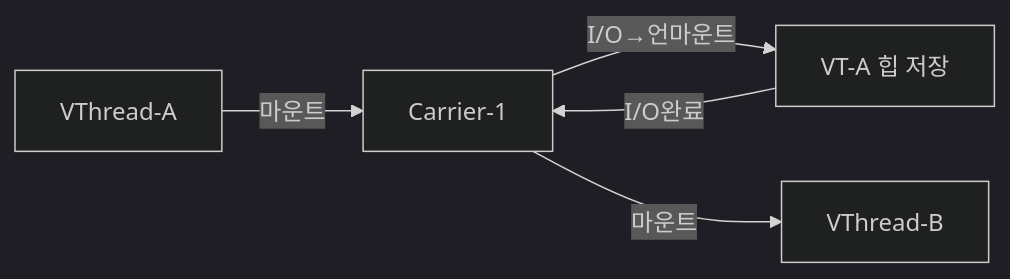
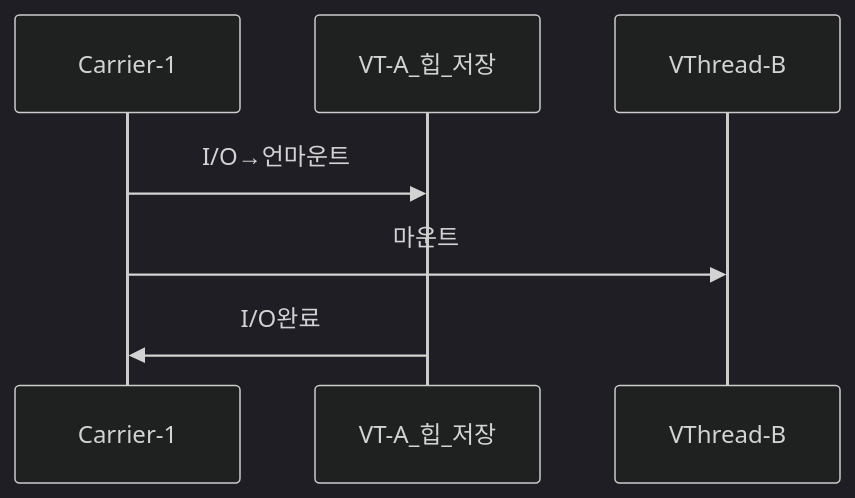
One commit to yjkim2015/yjkim2015.github.io changed the fifth of 7 diagrams in _posts/java/2026-05-01-java-virtual-thread.md. Above: the diagram before and after it, drawn with Mermaid (dark theme). The commit also changed other lines of this file and 89 other files, not shown here.

First line of the commit message:
복잡한 flowchart 163개 → sequenceDiagram 변환 (90파일)

````diff
--- a/_posts/java/2026-05-01-java-virtual-thread.md
+++ b/_posts/java/2026-05-01-java-virtual-thread.md
@@ -151,7 +151,6 @@
 ```mermaid
-graph LR
-    VA["VThread-A"] -->|마운트| C1["Carrier-1"]
-    C1 -->|I/O→언마운트| VAH["VT-A 힙 저장"]
-    C1 -->|마운트| VB["VThread-B"]
-    VAH -->|I/O완료| C1
+sequenceDiagram
+    Carrier-1->>VT-A_힙_저장: I/O→언마운트
+    Carrier-1->>VThread-B: 마운트
+    VT-A_힙_저장->>Carrier-1: I/O완료
 ```
````
